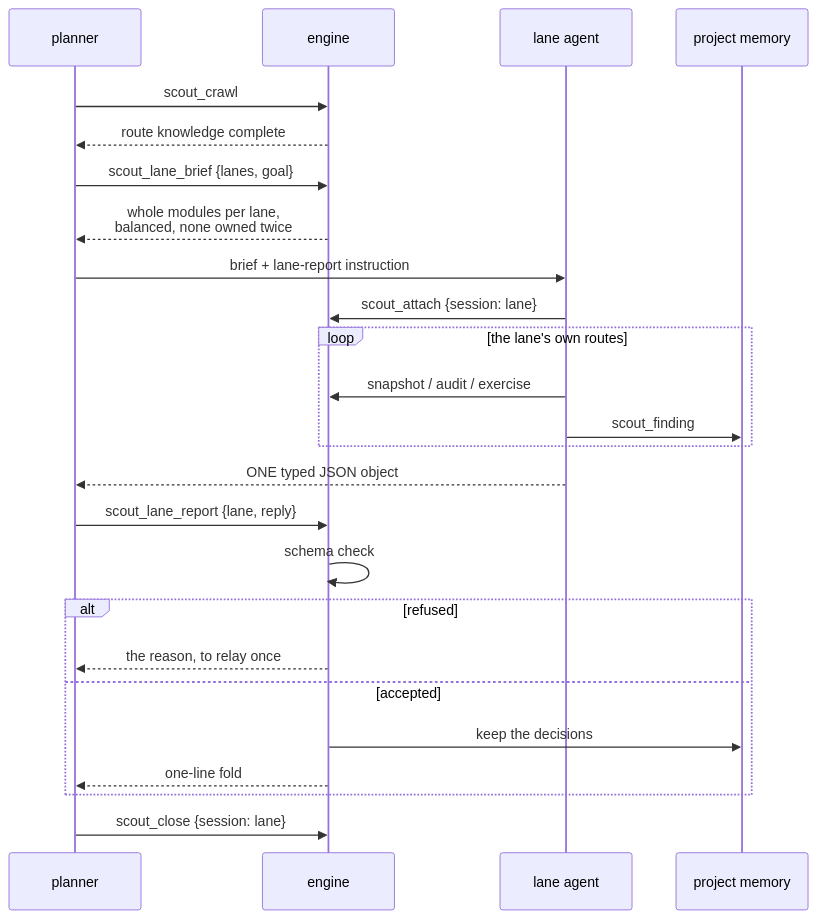
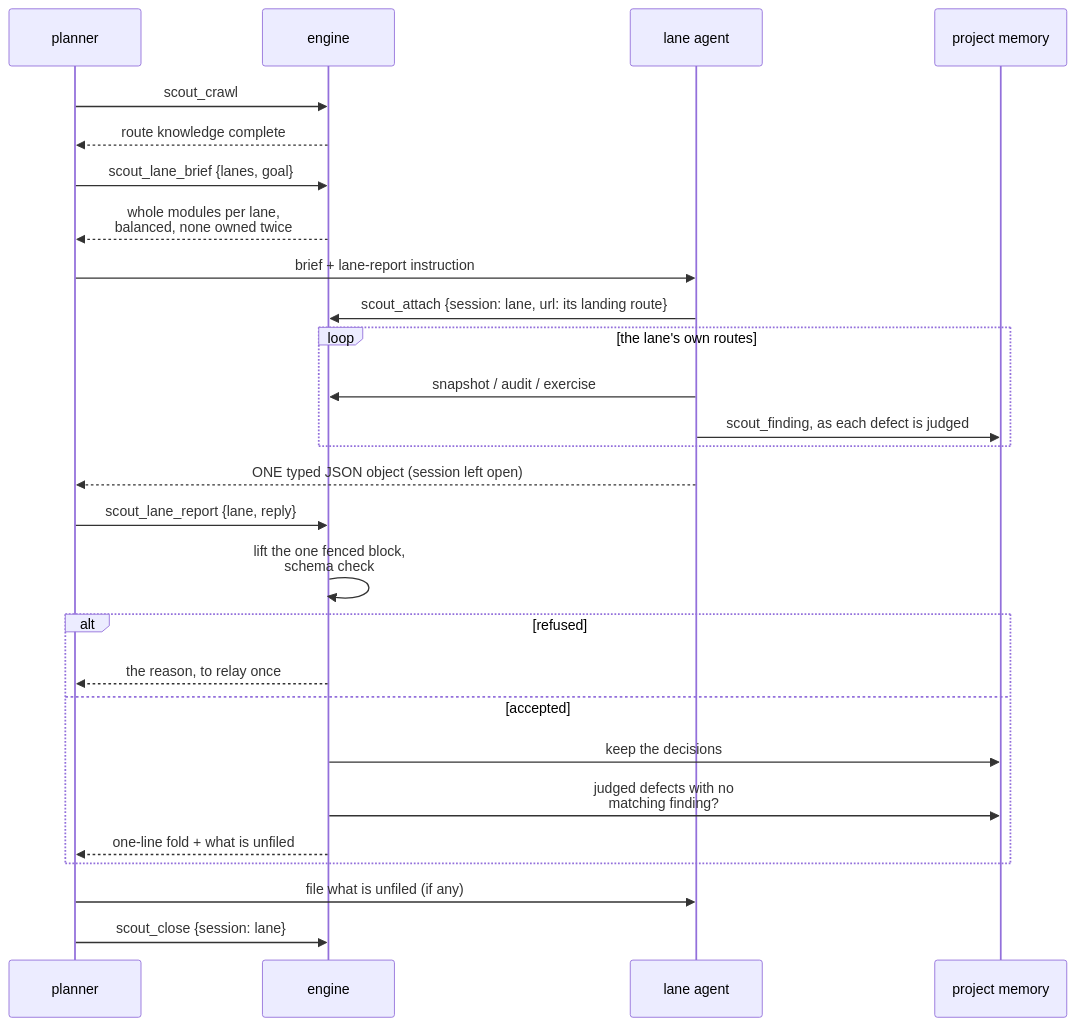
One commit to brunoboto96/SceneScout changed the sixth of 9 diagrams in docs/how-it-works.md. Above: the diagram before and after it, drawn with Mermaid. The commit also changed other lines of this file and 3 other files, not shown here.

````diff
--- a/docs/how-it-works.md
+++ b/docs/how-it-works.md
@@ -185,28 +197,30 @@
 ```mermaid
 sequenceDiagram
     participant P as planner
     participant E as engine
     participant L as lane agent
     participant M as project memory
 
     P->>E: scout_crawl
     E-->>P: route knowledge complete
     P->>E: scout_lane_brief {lanes, goal}
     E-->>P: whole modules per lane,<br/>balanced, none owned twice
     P->>L: brief + lane-report instruction
-    L->>E: scout_attach {session: lane}
+    L->>E: scout_attach {session: lane, url: its landing route}
     loop the lane's own routes
         L->>E: snapshot / audit / exercise
-        L->>M: scout_finding
+        L->>M: scout_finding, as each defect is judged
     end
-    L-->>P: ONE typed JSON object
+    L-->>P: ONE typed JSON object (session left open)
     P->>E: scout_lane_report {lane, reply}
-    E->>E: schema check
+    E->>E: lift the one fenced block,<br/>schema check
     alt refused
         E-->>P: the reason, to relay once
     else accepted
         E->>M: keep the decisions
-        E-->>P: one-line fold
+        E->>M: judged defects with no<br/>matching finding?
+        E-->>P: one-line fold + what is unfiled
     end
+    P->>L: file what is unfiled (if any)
     P->>E: scout_close {session: lane}
 ```
````
